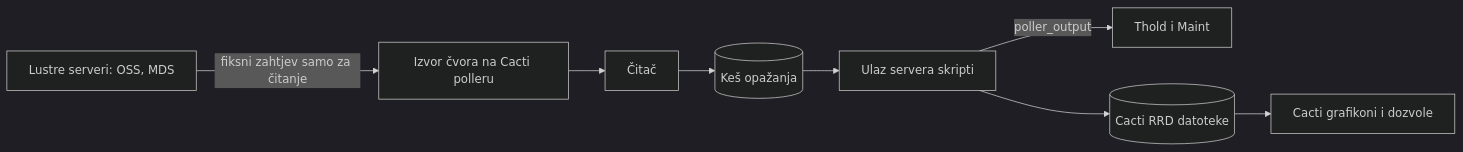
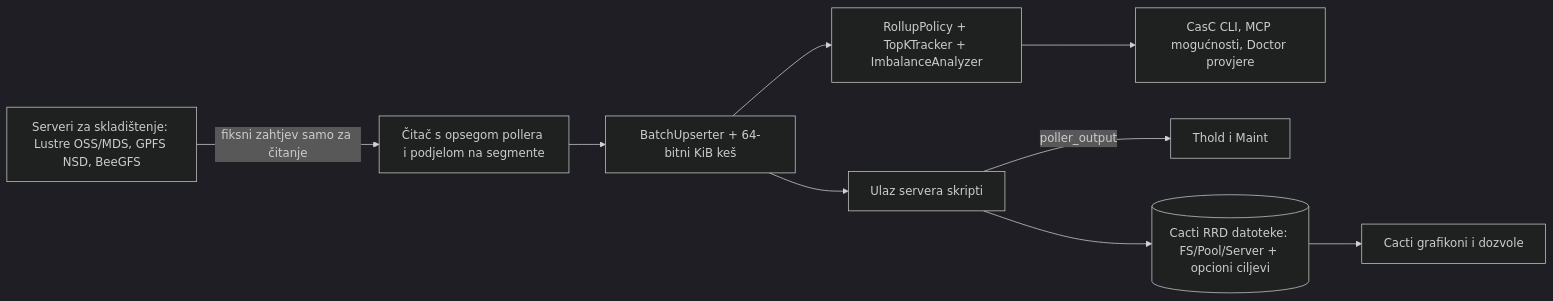
The diagram in docs/i18n/bs-BA/README.md (somethingwithproof/plugin_pfs), drawn with Mermaid (dark theme) before and after one commit. The commit also changed other lines of this file and 47 other files, not shown here.

````diff
--- a/docs/i18n/bs-BA/README.md
+++ b/docs/i18n/bs-BA/README.md
@@ -64,10 +72,11 @@
 ```mermaid
 flowchart LR
-    N[Lustre serveri: OSS, MDS] -->|fiksni zahtjev samo za čitanje| S[Izvor čvora na Cacti polleru]
-    S --> R[Čitač]
-    R --> C[(Keš opažanja)]
-    C --> SS[Ulaz servera skripti]
+    N[Serveri za skladištenje: Lustre OSS/MDS, GPFS NSD, BeeGFS] -->|fiksni zahtjev samo za čitanje| S[Čitač s opsegom pollera i podjelom na segmente]
+    S --> B[BatchUpserter + 64-bitni KiB keš]
+    B --> R[RollupPolicy + TopKTracker + ImbalanceAnalyzer]
+    B --> SS[Ulaz servera skripti]
+    R --> ECO[CasC CLI, MCP mogućnosti, Doctor provjere]
     SS -->|poller_output| T[Thold i Maint]
-    SS --> RRD[(Cacti RRD datoteke)]
+    SS --> RRD[(Cacti RRD datoteke: FS/Pool/Server + opcioni ciljevi)]
     RRD --> G[Cacti grafikoni i dozvole]
 ```
````
